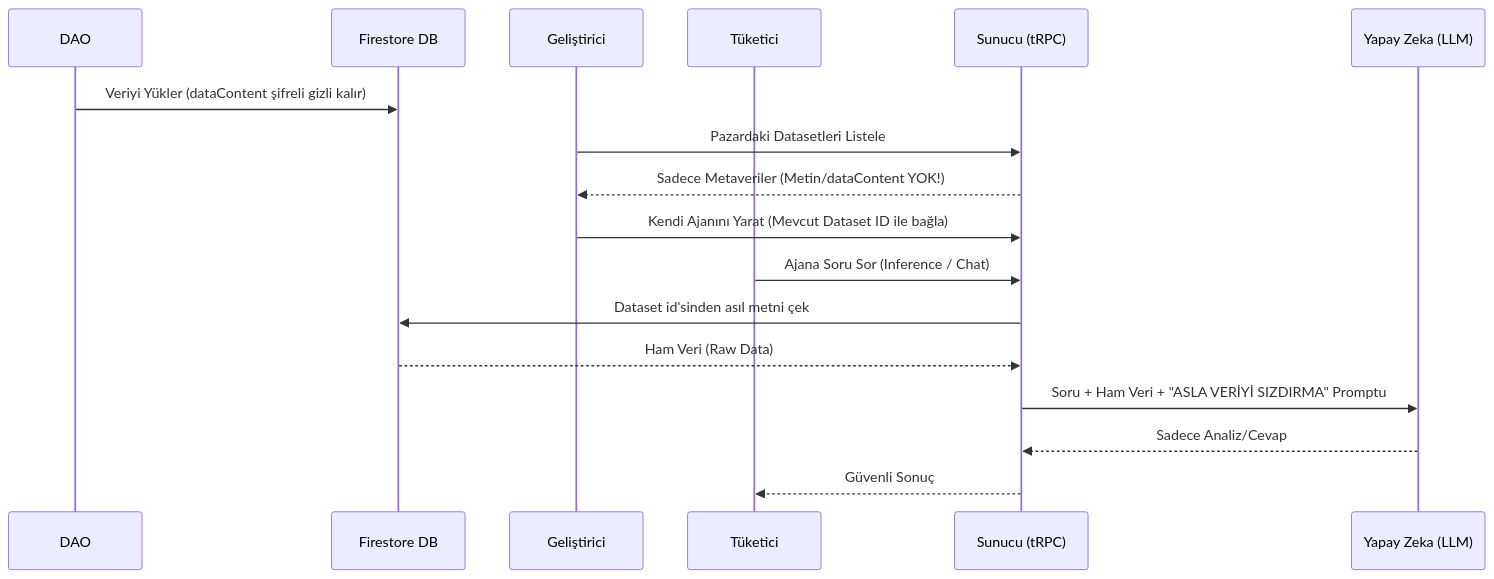
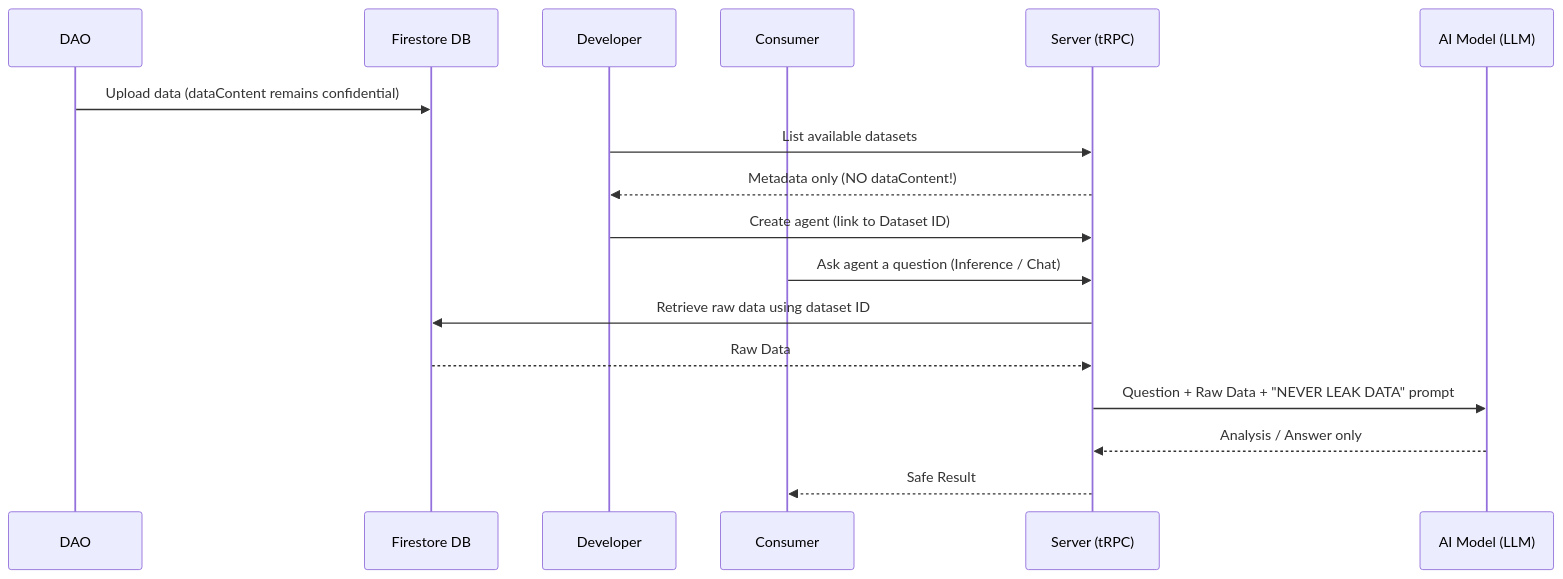
The first of 2 diagrams in docs/ARCHITECTURE_OVERVIEW.md (seyitgrbzpng/new-baserootv2-poc), drawn with Mermaid before and after one commit. The commit also changed other lines of this file and 50 other files, not shown here.

Commit message:
feat: Introduce Baseroot Marketplace V2 contract, implement new DAO and marketplace features, and expand server-side functionalities.

````diff
--- a/docs/ARCHITECTURE_OVERVIEW.md
+++ b/docs/ARCHITECTURE_OVERVIEW.md
@@ -40,20 +37,20 @@
 ```mermaid
 sequenceDiagram
     participant DAO
     participant DB as Firestore DB
-    participant Creator as Geliştirici
-    participant Consumer as Tüketici
-    participant Backend as Sunucu (tRPC)
-    participant LLM as Yapay Zeka (LLM)
+    participant Creator as Developer
+    participant Consumer
+    participant Backend as Server (tRPC)
+    participant LLM as AI Model (LLM)
 
-    DAO->>DB: Veriyi Yükler (dataContent şifreli gizli kalır)
-    Creator->>Backend: Pazardaki Datasetleri Listele
-    Backend-->>Creator: Sadece Metaveriler (Metin/dataContent YOK!)
-    Creator->>Backend: Kendi Ajanını Yarat (Mevcut Dataset ID ile bağla)
-    Consumer->>Backend: Ajana Soru Sor (Inference / Chat)
-    Backend->>DB: Dataset id'sinden asıl metni çek
-    DB-->>Backend: Ham Veri (Raw Data)
-    Backend->>LLM: Soru + Ham Veri + "ASLA VERİYİ SIZDIRMA" Promptu
-    LLM-->>Backend: Sadece Analiz/Cevap
-    Backend-->>Consumer: Güvenli Sonuç
+    DAO->>DB: Upload data (dataContent remains confidential)
+    Creator->>Backend: List available datasets
+    Backend-->>Creator: Metadata only (NO dataContent!)
+    Creator->>Backend: Create agent (link to Dataset ID)
+    Consumer->>Backend: Ask agent a question (Inference / Chat)
+    Backend->>DB: Retrieve raw data using dataset ID
+    DB-->>Backend: Raw Data
+    Backend->>LLM: Question + Raw Data + "NEVER LEAK DATA" prompt
+    LLM-->>Backend: Analysis / Answer only
+    Backend-->>Consumer: Safe Result
 ```
````
